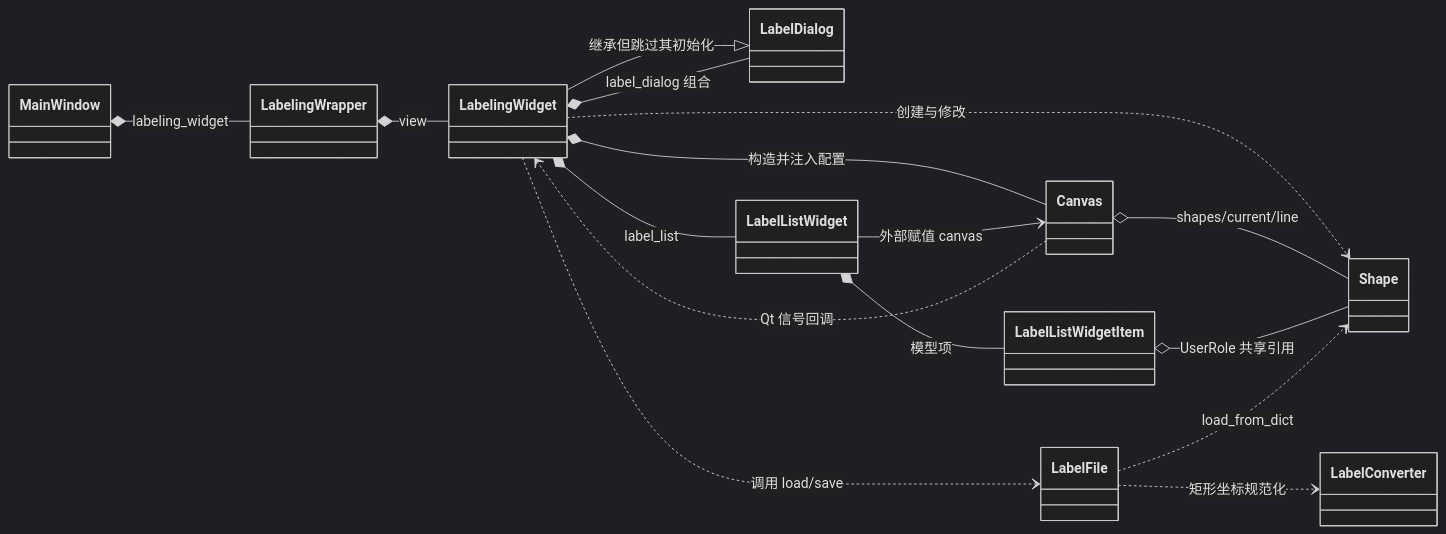
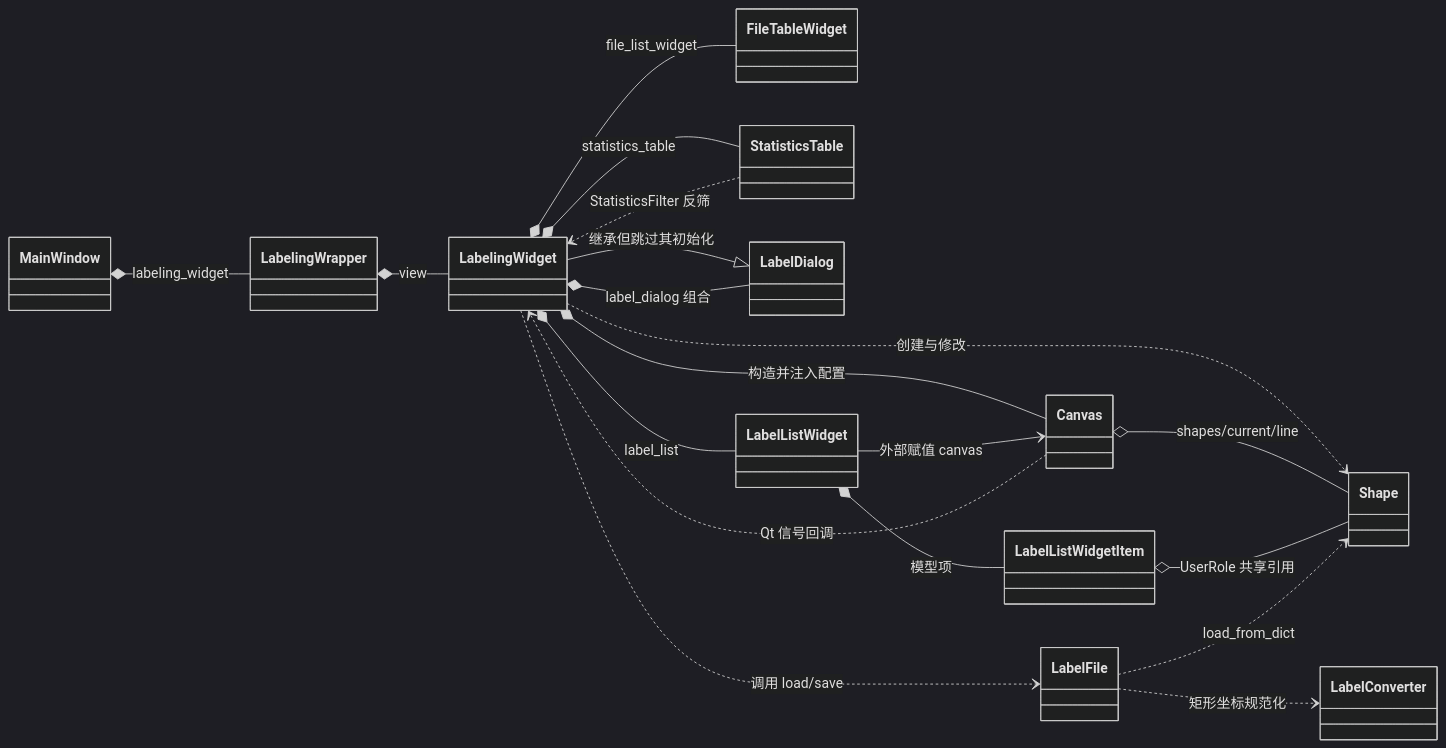
One commit to shmily-linjun/FrameLabel changed the third of 6 diagrams in docs/dev/CODE_STRUCTURE_REPORT.md. Above: the diagram before and after it, drawn with Mermaid (dark theme). The commit also changed other lines of this file and 14 other files, not shown here.

````diff
--- a/docs/dev/CODE_STRUCTURE_REPORT.md
+++ b/docs/dev/CODE_STRUCTURE_REPORT.md
@@ -325,19 +354,22 @@
 ```mermaid
 classDiagram
     direction LR
     MainWindow *-- LabelingWrapper : labeling_widget
     LabelingWrapper *-- LabelingWidget : view
+    LabelingWidget *-- FileTableWidget : file_list_widget
+    LabelingWidget *-- StatisticsTable : statistics_table
+    StatisticsTable ..> LabelingWidget : StatisticsFilter 反筛
     LabelingWidget --|> LabelDialog : 继承但跳过其初始化
     LabelingWidget *-- LabelDialog : label_dialog 组合
     LabelingWidget *-- Canvas : 构造并注入配置
     LabelingWidget *-- LabelListWidget : label_list
     LabelingWidget ..> LabelFile : 调用 load/save
     LabelingWidget ..> Shape : 创建与修改
     Canvas o-- Shape : shapes/current/line
     Canvas ..> LabelingWidget : Qt 信号回调
     LabelListWidget *-- LabelListWidgetItem : 模型项
     LabelListWidgetItem o-- Shape : UserRole 共享引用
     LabelListWidget --> Canvas : 外部赋值 canvas
     LabelFile ..> Shape : load_from_dict
     LabelFile ..> LabelConverter : 矩形坐标规范化
 ```
````
